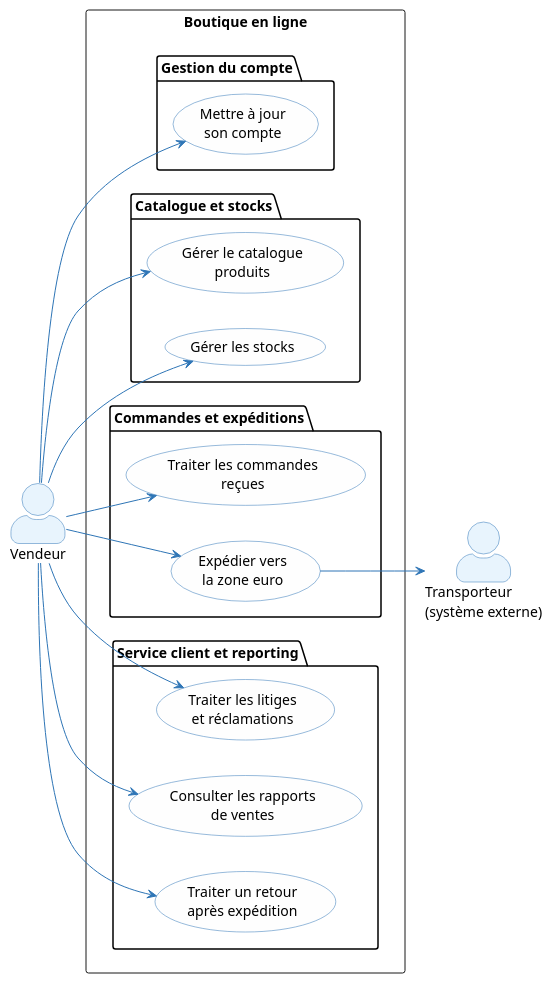
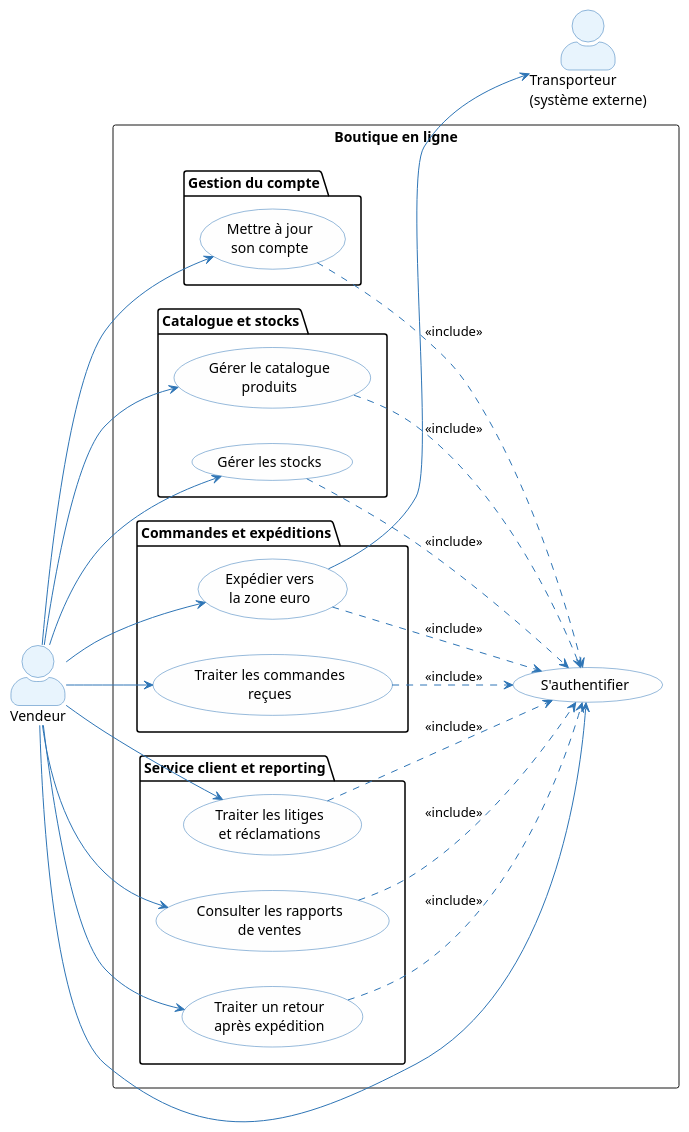
The second of 5 diagrams in architecture/01-operational-analysis/oa.adoc (louistalvande/online_shop), drawn with PlantUML before and after one commit. The commit also changed other lines of this file and 4 other files, not shown here.

```diff
--- a/architecture/01-operational-analysis/oa.adoc
+++ b/architecture/01-operational-analysis/oa.adoc
@@ -117,47 +123,57 @@
 [plantuml, oa-uc-vendor, svg]
 ----
 skinparam actorStyle awesome
 skinparam usecase {
   BackgroundColor #FEFEFE
   BorderColor #2E75B6
   ArrowColor #2E75B6
 }
 skinparam actor {
   BackgroundColor #E8F4FD
   BorderColor #2E75B6
 }
 
 left to right direction
 
 actor "Vendeur" as Vendor
 actor "Transporteur\n(système externe)" as Carrier
 
 rectangle "Boutique en ligne" {
+  usecase (S'authentifier) as UC_V_AUTH
   package "Gestion du compte" {
     usecase (Mettre à jour\nson compte) as UC_V0
   }
   package "Catalogue et stocks" {
     usecase (Gérer le catalogue\nproduits) as UC_V1
     usecase (Gérer les stocks) as UC_V2
   }
   package "Commandes et expéditions" {
     usecase (Traiter les commandes\nreçues) as UC_V3
     usecase (Expédier vers\nla zone euro) as UC_V4
   }
   package "Service client et reporting" {
     usecase (Traiter les litiges\net réclamations) as UC_V5
     usecase (Consulter les rapports\nde ventes) as UC_V6
     usecase (Traiter un retour\naprès expédition) as UC_V8
   }
 }
 
+Vendor --> UC_V_AUTH
 Vendor --> UC_V0
 Vendor --> UC_V1
 Vendor --> UC_V2
 Vendor --> UC_V3
 Vendor --> UC_V4
 Vendor --> UC_V5
 Vendor --> UC_V6
 Vendor --> UC_V8
+UC_V0 ..> UC_V_AUTH : <<include>>
+UC_V1 ..> UC_V_AUTH : <<include>>
+UC_V2 ..> UC_V_AUTH : <<include>>
+UC_V3 ..> UC_V_AUTH : <<include>>
+UC_V4 ..> UC_V_AUTH : <<include>>
+UC_V5 ..> UC_V_AUTH : <<include>>
+UC_V6 ..> UC_V_AUTH : <<include>>
+UC_V8 ..> UC_V_AUTH : <<include>>
 UC_V4 --> Carrier
 ----
```
